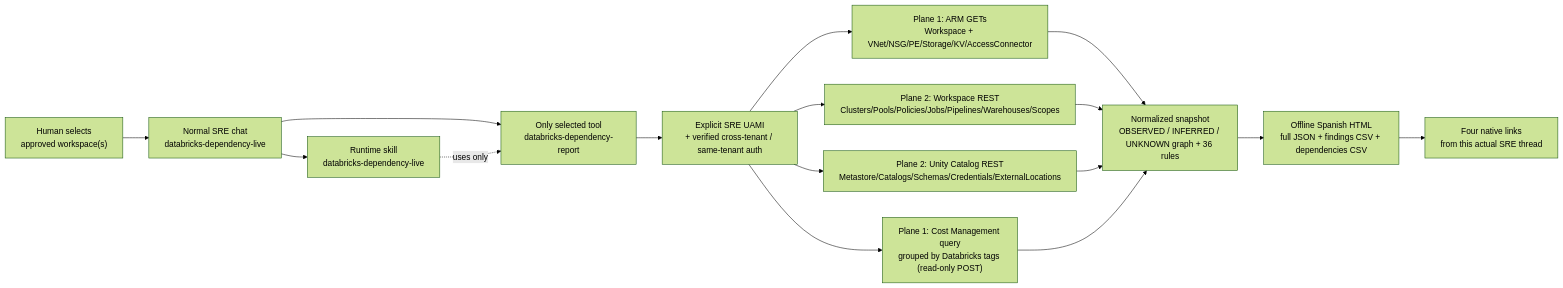
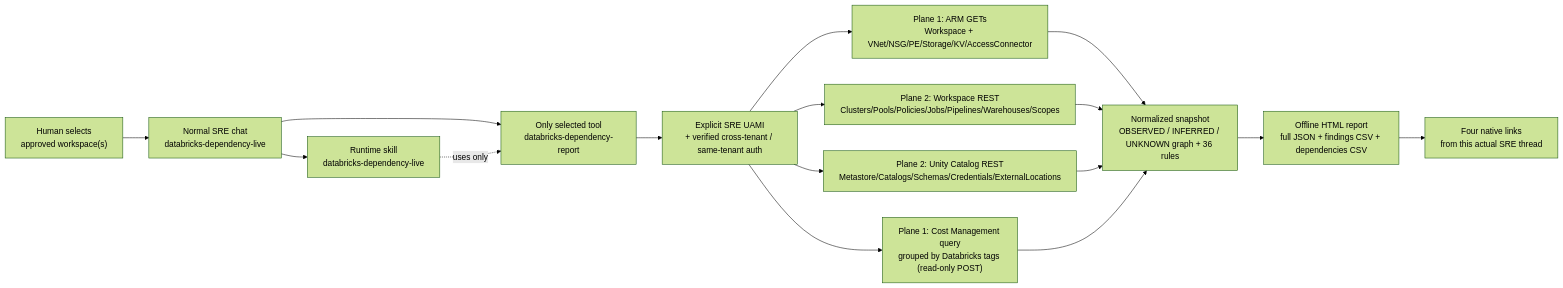
The diagram in 08-databricks-dependency-configuration-review/README.md (marioaguileraaa/sre-agent-use-cases), drawn with Mermaid (forest theme) before and after one commit. The commit also changed other lines of this file and 136 other files, not shown here.

````diff
--- a/08-databricks-dependency-configuration-review/README.md
+++ b/08-databricks-dependency-configuration-review/README.md
@@ -271,18 +273,18 @@
 ```mermaid
 flowchart LR
     H["Human selects<br/>approved workspace(s)"] --> C["Normal SRE chat<br/>databricks-dependency-live"]
     C --> S["Runtime skill<br/>databricks-dependency-live"]
     C --> T["Only selected tool<br/>databricks-dependency-report"]
     S -.->|"uses only"| T
     T --> I["Explicit SRE UAMI<br/>+ verified cross-tenant / same-tenant auth"]
     I --> A["Plane 1: ARM GETs<br/>Workspace + VNet/NSG/PE/Storage/KV/AccessConnector"]
     I --> D["Plane 2: Workspace REST<br/>Clusters/Pools/Policies/Jobs/Pipelines/Warehouses/Scopes"]
     I --> U["Plane 2: Unity Catalog REST<br/>Metastore/Catalogs/Schemas/Credentials/ExternalLocations"]
     I --> K["Plane 1: Cost Management query<br/>grouped by Databricks tags (read-only POST)"]
     A --> M["Normalized snapshot<br/>OBSERVED / INFERRED / UNKNOWN graph + 36 rules"]
     D --> M
     U --> M
     K --> M
-    M --> R["Offline Spanish HTML<br/>full JSON + findings CSV + dependencies CSV"]
+    M --> R["Offline HTML report<br/>full JSON + findings CSV + dependencies CSV"]
     R --> F["Four native links<br/>from this actual SRE thread"]
 ```
````
